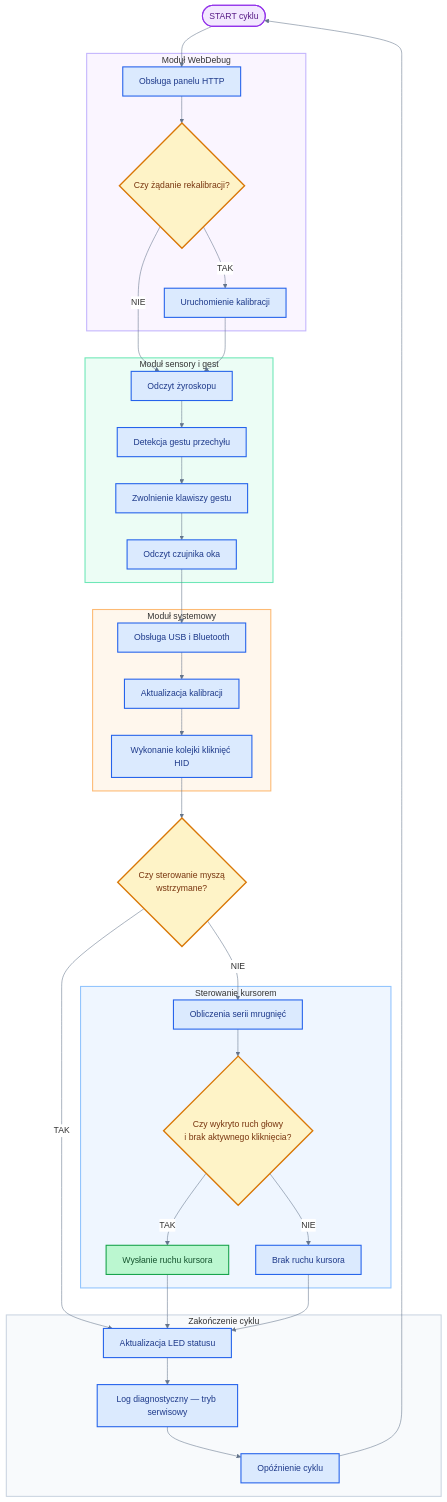
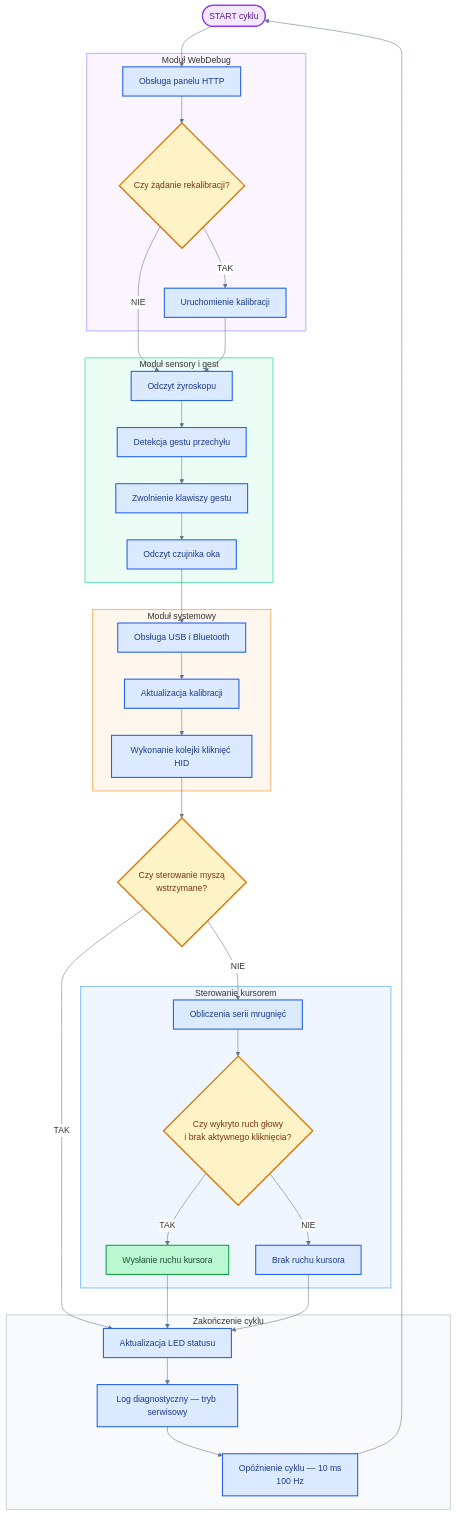
The third of 10 diagrams in README.md (bartkadres-ai/HEFAS-4.0), drawn with Mermaid before and after one commit. The commit also changed other lines of this file, not shown here.

````diff
--- a/README.md
+++ b/README.md
@@ -355,74 +355,74 @@
 ```mermaid
 %%{init: { 'theme': 'default', 'themeVariables': { 'darkMode': false, 'background': '#ffffff', 'mainBkg': '#ffffff', 'primaryColor': '#ffffff', 'secondaryColor': '#ffffff', 'tertiaryColor': '#ffffff', 'primaryTextColor': '#1e293b', 'secondaryTextColor': '#334155', 'lineColor': '#64748b', 'primaryBorderColor': '#94a3b8', 'clusterBkg': '#f1f5f9', 'clusterBorder': '#94a3b8', 'edgeLabelBackground': '#ffffff', 'noteBkgColor': '#f8fafc', 'noteTextColor': '#475569', 'fontFamily': 'arial' }}}%%
 flowchart TD
     START([START cyklu]) --> W1
 
     subgraph WEBDBG["Moduł WebDebug"]
         W1[Obsługa panelu HTTP]
         W2{Czy żądanie rekalibracji?}
         W3[Uruchomienie kalibracji]
         W1 --> W2
         W2 -->|TAK| W3
     end
 
     W2 -->|NIE| S1
     W3 --> S1
 
     subgraph SENS["Moduł sensory i gest"]
         S1[Odczyt żyroskopu]
         S2[Detekcja gestu przechyłu]
         S3[Zwolnienie klawiszy gestu]
         S4[Odczyt czujnika oka]
         S1 --> S2 --> S3 --> S4
     end
 
     S4 --> Y1
 
     subgraph SYS["Moduł systemowy"]
         Y1[Obsługa USB i Bluetooth]
         Y2[Aktualizacja kalibracji]
         Y3[Wykonanie kolejki kliknięć HID]
         Y1 --> Y2 --> Y3
     end
 
     Y3 --> PAUZA{Czy sterowanie myszą<br/>wstrzymane?}
 
     PAUZA -->|NIE| A1
     PAUZA -->|TAK| L1
 
     subgraph ACT["Sterowanie kursorem"]
         A1[Obliczenia serii mrugnięć]
         A2{Czy wykryto ruch głowy<br/>i brak aktywnego kliknięcia?}
         A3[Wysłanie ruchu kursora]
         A4[Brak ruchu kursora]
         A1 --> A2
         A2 -->|TAK| A3
         A2 -->|NIE| A4
     end
 
     A3 --> L1
     A4 --> L1
 
     subgraph KONIEC["Zakończenie cyklu"]
         L1[Aktualizacja LED statusu]
         L2[Log diagnostyczny — tryb serwisowy]
-        L3[Opóźnienie cyklu]
+        L3[Opóźnienie cyklu — 10 ms<br/>100 Hz]
         L1 --> L2 --> L3
     end
 
     L3 --> START
 
     classDef startEnd fill:#f3e8ff,stroke:#9333ea,stroke-width:2px,color:#581c87
     classDef process fill:#dbeafe,stroke:#2563eb,stroke-width:2px,color:#1e3a8a
     classDef decision fill:#fef3c7,stroke:#d97706,stroke-width:2.5px,color:#78350f
     classDef success fill:#bbf7d0,stroke:#16a34a,stroke-width:2px,color:#14532d
     class START startEnd
     class W1,W3,S1,S2,S3,S4,Y1,Y2,Y3,A1,A4,L1,L2,L3 process
     class W2,PAUZA,A2 decision
     class A3 success
     style WEBDBG fill:#faf5ff,stroke:#c4b5fd,stroke-width:2px
     style SENS fill:#ecfdf5,stroke:#6ee7b7,stroke-width:2px
     style SYS fill:#fff7ed,stroke:#fdba74,stroke-width:2px
     style ACT fill:#eff6ff,stroke:#93c5fd,stroke-width:2px
     style KONIEC fill:#f8fafc,stroke:#cbd5e1,stroke-width:2px
 ```
````
